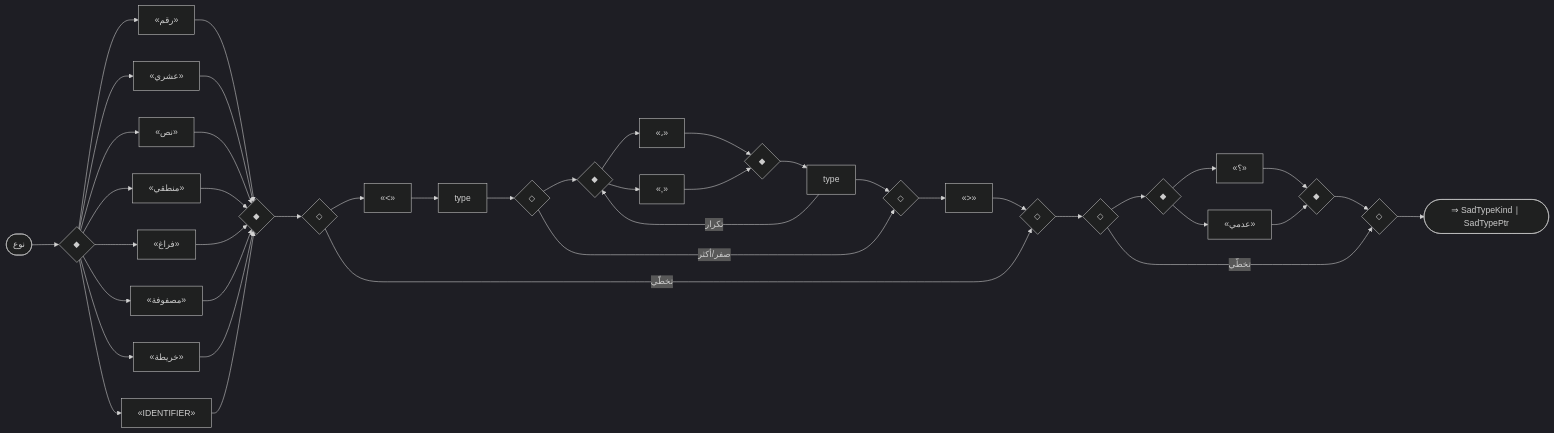
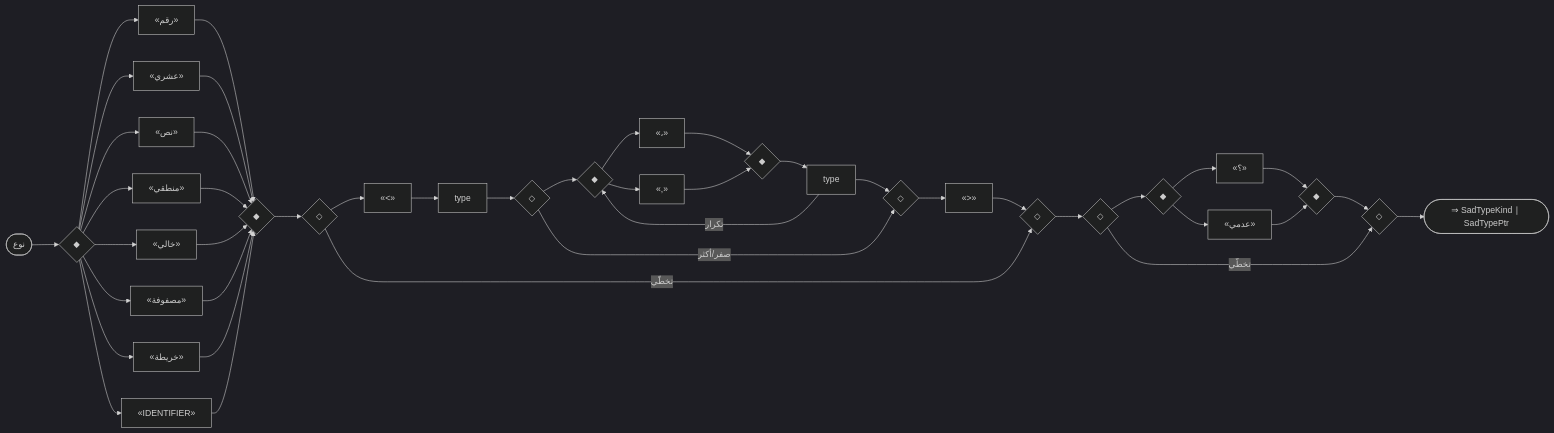
The third of 57 diagrams in docs/parser_rule/_generated/60_advanced.md (sadlang/sadlang), drawn with Mermaid (dark theme) before and after one commit. The commit also changed other lines of this file and 332 other files, not shown here.

````diff
--- a/docs/parser_rule/_generated/60_advanced.md
+++ b/docs/parser_rule/_generated/60_advanced.md
@@ -89,75 +89,75 @@
 ```mermaid
 flowchart LR
   n1(["نوع"])
   n2{"◆"}
   n3{"◆"}
   n4["«رقم»"]
   n2 --> n4
   n4 --> n3
   n5["«عشري»"]
   n2 --> n5
   n5 --> n3
   n6["«نص»"]
   n2 --> n6
   n6 --> n3
   n7["«منطقي»"]
   n2 --> n7
   n7 --> n3
-  n8["«فراغ»"]
+  n8["«خالي»"]
   n2 --> n8
   n8 --> n3
   n9["«مصفوفة»"]
   n2 --> n9
   n9 --> n3
   n10["«خريطة»"]
   n2 --> n10
   n10 --> n3
   n11["«IDENTIFIER»"]
   n2 --> n11
   n11 --> n3
   n12{"◇"}
   n13{"◇"}
   n14["«<»"]
   n15["type"]
   n14 --> n15
   n16{"◇"}
   n17{"◇"}
   n18{"◆"}
   n19{"◆"}
   n20["«،»"]
   n18 --> n20
   n20 --> n19
   n21["«,»"]
   n18 --> n21
   n21 --> n19
   n22["type"]
   n19 --> n22
   n16 --> n18
   n22 --> n17
   n22 -- "تكرار" --> n18
   n16 -- "صفر/أكثر" --> n17
   n15 --> n16
   n23["«>»"]
   n17 --> n23
   n12 --> n14
   n23 --> n13
   n12 -- "تخطّي" --> n13
   n3 --> n12
   n24{"◇"}
   n25{"◇"}
   n26{"◆"}
   n27{"◆"}
   n28["«؟»"]
   n26 --> n28
   n28 --> n27
   n29["«عدمي»"]
   n26 --> n29
   n29 --> n27
   n24 --> n26
   n27 --> n25
   n24 -- "تخطّي" --> n25
   n13 --> n24
   n1 --> n2
   n30(["⇒ SadTypeKind ∣ SadTypePtr"])
   n25 --> n30
 ```
````
